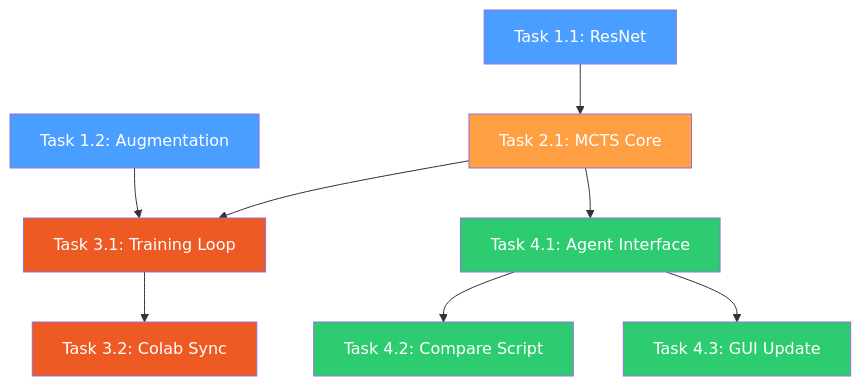
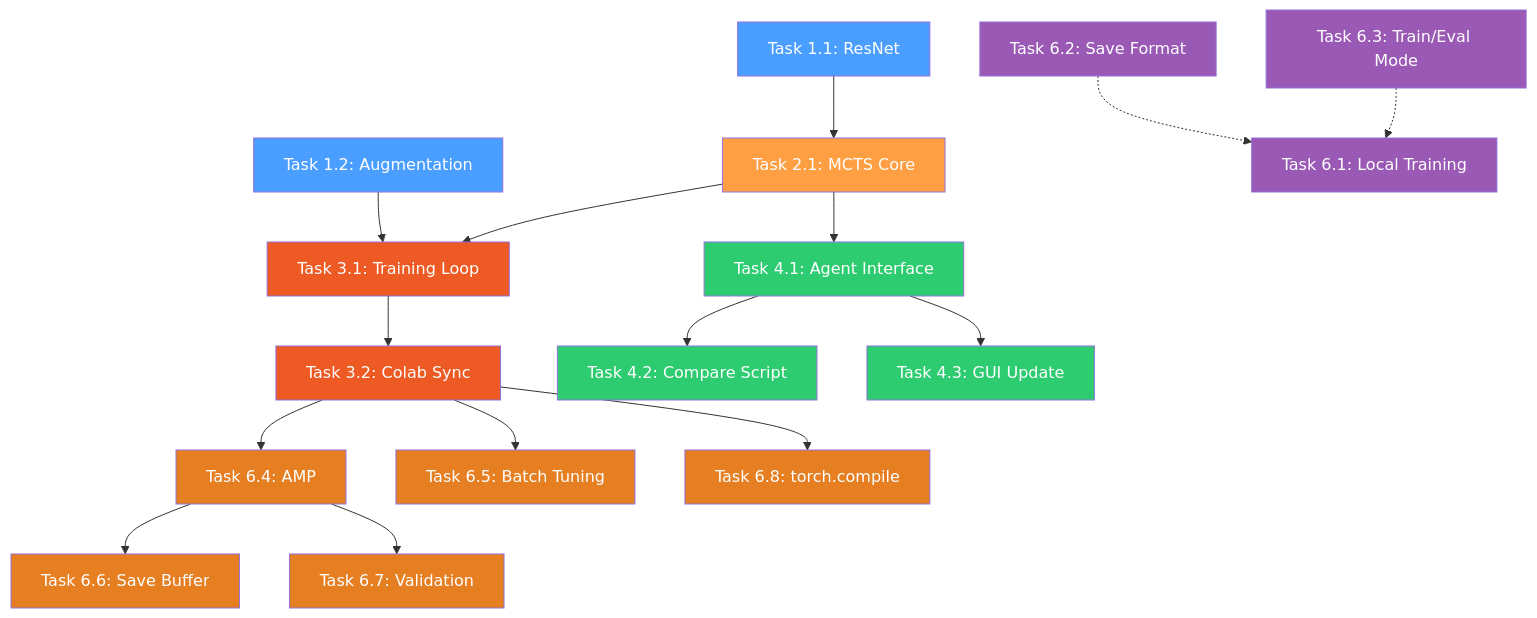
One commit to ThanhTu-Micop/Gomoku-AI-agent-Caro changed the diagram in docs/implementation_plan.md. Above: the diagram before and after it, drawn with Mermaid. The commit also changed other lines of this file and 10 other files, not shown here.

````diff
--- a/docs/implementation_plan.md
+++ b/docs/implementation_plan.md
@@ -581,19 +805,35 @@
 ```mermaid
 graph TD
     T1_1["Task 1.1: ResNet"] --> T2_1["Task 2.1: MCTS Core"]
     T1_2["Task 1.2: Augmentation"] --> T3_1["Task 3.1: Training Loop"]
     T2_1 --> T3_1
     T2_1 --> T4_1["Task 4.1: Agent Interface"]
     T3_1 --> T3_2["Task 3.2: Colab Sync"]
     T4_1 --> T4_2["Task 4.2: Compare Script"]
     T4_1 --> T4_3["Task 4.3: GUI Update"]
 
+    T3_2 --> T6_4["Task 6.4: AMP"]
+    T3_2 --> T6_5["Task 6.5: Batch Tuning"]
+    T3_2 --> T6_8["Task 6.8: torch.compile"]
+    T6_4 --> T6_6["Task 6.6: Save Buffer"]
+    T6_4 --> T6_7["Task 6.7: Validation"]
+    T6_2["Task 6.2: Save Format"] -.-> T6_1["Task 6.1: Local Training"]
+    T6_3["Task 6.3: Train/Eval Mode"] -.-> T6_1
+
     style T1_1 fill:#4a9eff,color:#fff
     style T1_2 fill:#4a9eff,color:#fff
     style T2_1 fill:#ff9f43,color:#fff
     style T3_1 fill:#ee5a24,color:#fff
     style T3_2 fill:#ee5a24,color:#fff
     style T4_1 fill:#2ecc71,color:#fff
     style T4_2 fill:#2ecc71,color:#fff
     style T4_3 fill:#2ecc71,color:#fff
+    style T6_1 fill:#9b59b6,color:#fff
+    style T6_2 fill:#9b59b6,color:#fff
+    style T6_3 fill:#9b59b6,color:#fff
+    style T6_4 fill:#e67e22,color:#fff
+    style T6_5 fill:#e67e22,color:#fff
+    style T6_6 fill:#e67e22,color:#fff
+    style T6_7 fill:#e67e22,color:#fff
+    style T6_8 fill:#e67e22,color:#fff
 ```
````
